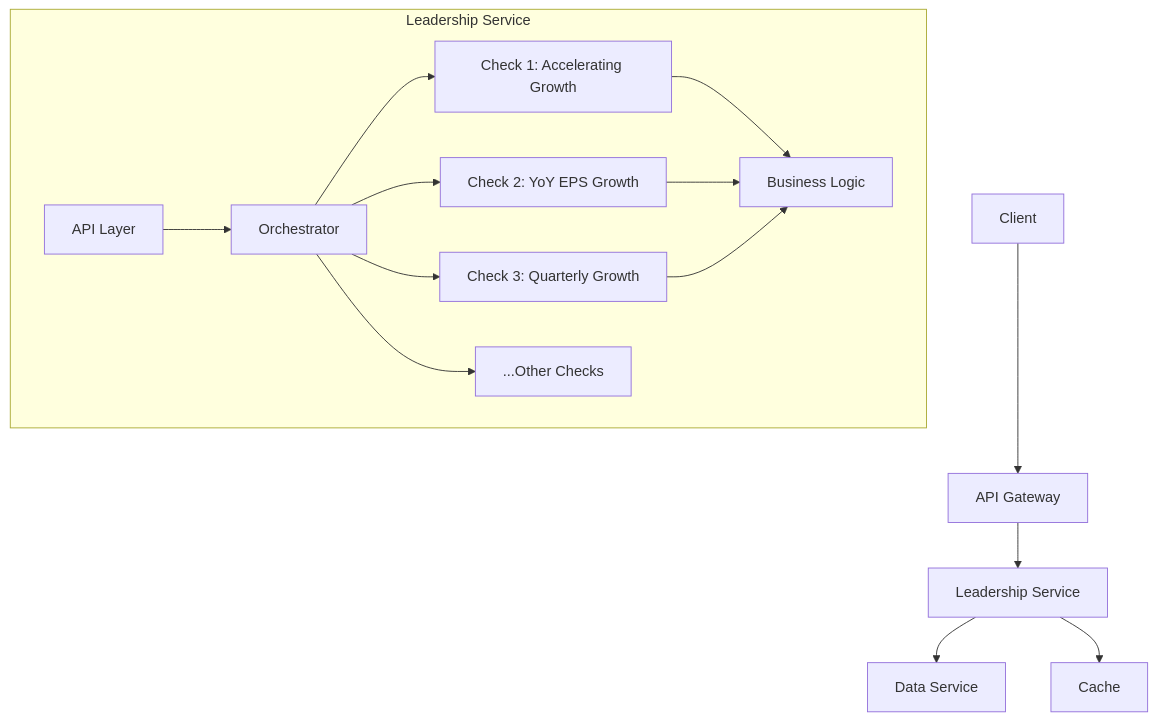
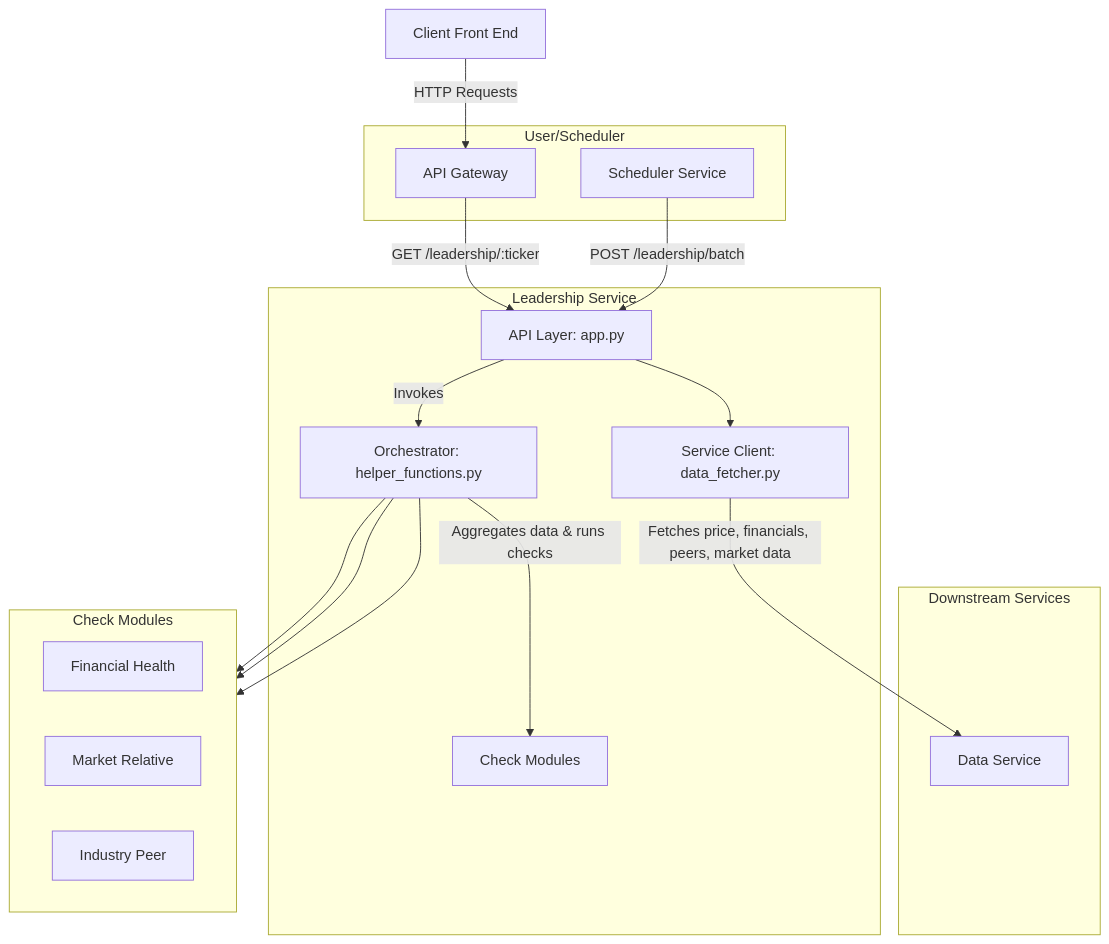
Before and after one commit to lam200213/Catalyst-Engine: the diagram in docs/leadership_service_architecture.md, drawn with Mermaid. The commit also changed other lines of this file and 8 other files, not shown here.

Commit message:
Re-design the logic of leadership-service, run separate screens that are based on smaller lists of compatible criteria. Added Test cases.

````diff
--- a/docs/leadership_service_architecture.md
+++ b/docs/leadership_service_architecture.md
@@ -7,18 +13,37 @@
 ```mermaid
 flowchart TD
-    A[Client] --> B[API Gateway]
-    B --> C[Leadership Service]
-    C --> D[Data Service]
-    C --> E[Cache]
+    subgraph User/Scheduler
+        A[API Gateway]
+        B[Scheduler Service]
+    end
+
+    subgraph Downstream Services
+        D[Data Service]
+    end
+
+    subgraph Leadership Service
+        C[API Layer: app.py]
+        C1[Service Client: data_fetcher.py]
+        C2[Orchestrator: helper_functions.py]
+        C3[Check Modules]
+    end
+
+    Client[Client Front End] -- HTTP Requests --> A
+    A -- GET /leadership/:ticker --> C
+    B -- POST /leadership/batch --> C
+    C --> C1
+    C1 -- Fetches price, financials, peers, market data --> D
+    C -- Invokes --> C2
+    C2 -- Aggregates data & runs checks --> C3
+
+    subgraph "Check Modules"
+        direction LR
+        C3_1[Financial Health]
+        C3_2[Market Relative]
+        C3_3[Industry Peer]
+    end
     
-    subgraph Leadership Service
-        C1[API Layer] --> C2[Orchestrator]
-        C2 --> C3[Check 1: Accelerating Growth]
-        C2 --> C4[Check 2: YoY EPS Growth]
-        C2 --> C5[Check 3: Quarterly Growth]
-        C2 --> C6[...Other Checks]
-        C3 --> C7[Business Logic]
-        C4 --> C7
-        C5 --> C7
-    end
+    C2 --> C3_1
+    C2 --> C3_2
+    C2 --> C3_3
 ```
````
